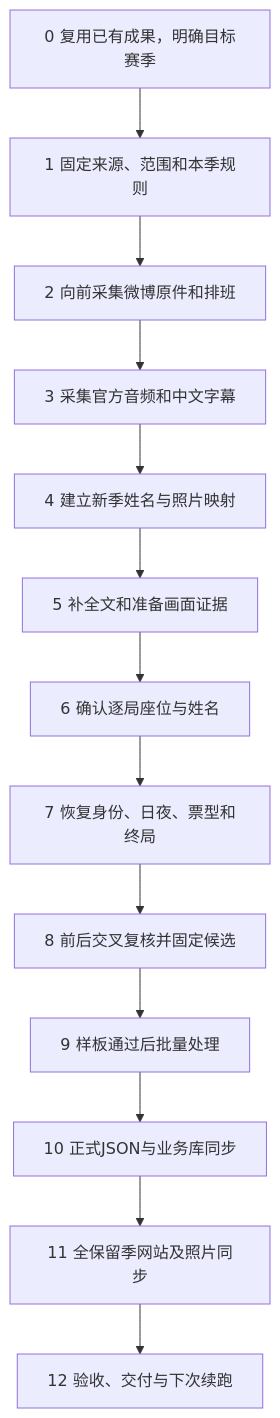
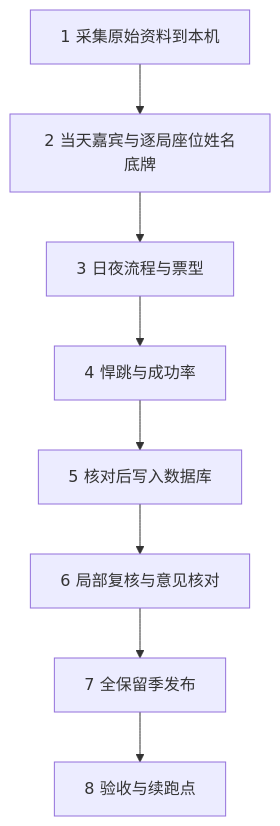
Before and after one commit to fengmaker/LangRenSha: the diagram in docs/15_赛季数据全流程操作手册.md, drawn with Mermaid. The commit also changed other lines of this file and 73 other files, not shown here.

````diff
--- a/docs/15_赛季数据全流程操作手册.md
+++ b/docs/15_赛季数据全流程操作手册.md
@@ -11,15 +5,10 @@
 ```mermaid
 flowchart TD
-  A[0 复用已有成果，明确目标赛季] --> B[1 固定来源、范围和本季规则]
-  B --> C[2 向前采集微博原件和排班]
-  C --> D[3 采集官方音频和中文字幕]
-  D --> E[4 建立新季姓名与照片映射]
-  E --> F[5 补全文和准备画面证据]
-  F --> G[6 确认逐局座位与姓名]
-  G --> H[7 恢复身份、日夜、票型和终局]
-  H --> I[8 前后交叉复核并固定候选]
-  I --> J[9 样板通过后批量处理]
-  J --> K[10 正式JSON与业务库同步]
-  K --> L[11 全保留季网站及照片同步]
-  L --> M[12 验收、交付与下次续跑]
+  A[1 采集原始资料到本机] --> B[2 当天嘉宾与逐局座位姓名底牌]
+  B --> C[3 日夜流程与票型]
+  C --> D[4 悍跳与成功率]
+  D --> E[5 核对后写入数据库]
+  E --> F[6 局部复核与意见核对]
+  F --> G[7 全保留季发布]
+  G --> H[8 验收与续跑点]
 ```
````
